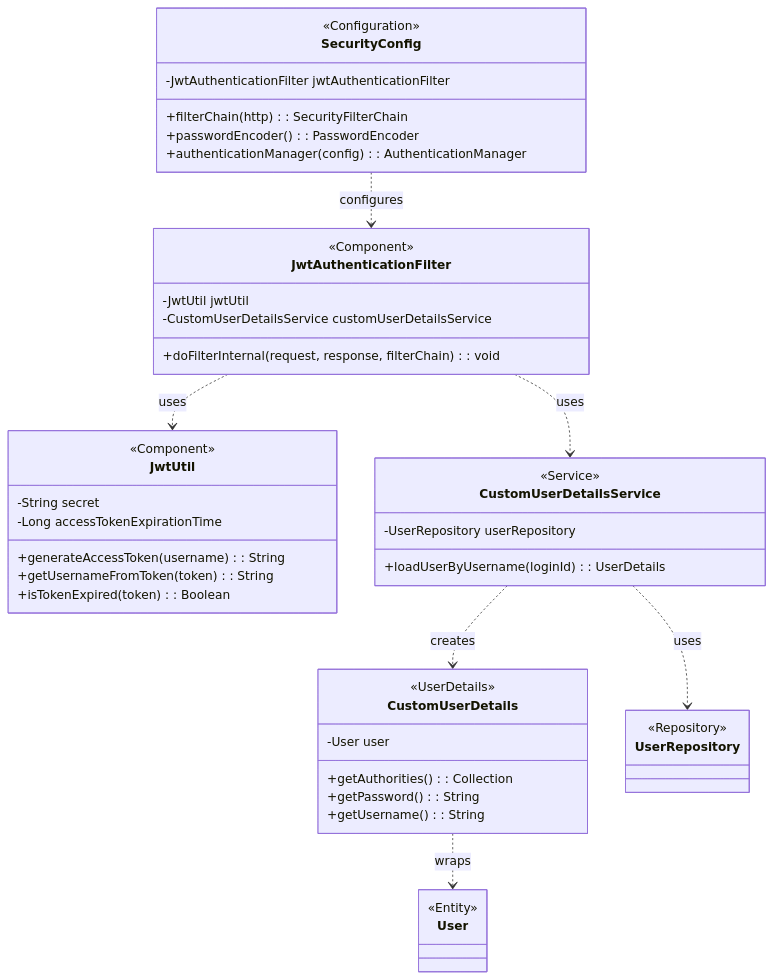
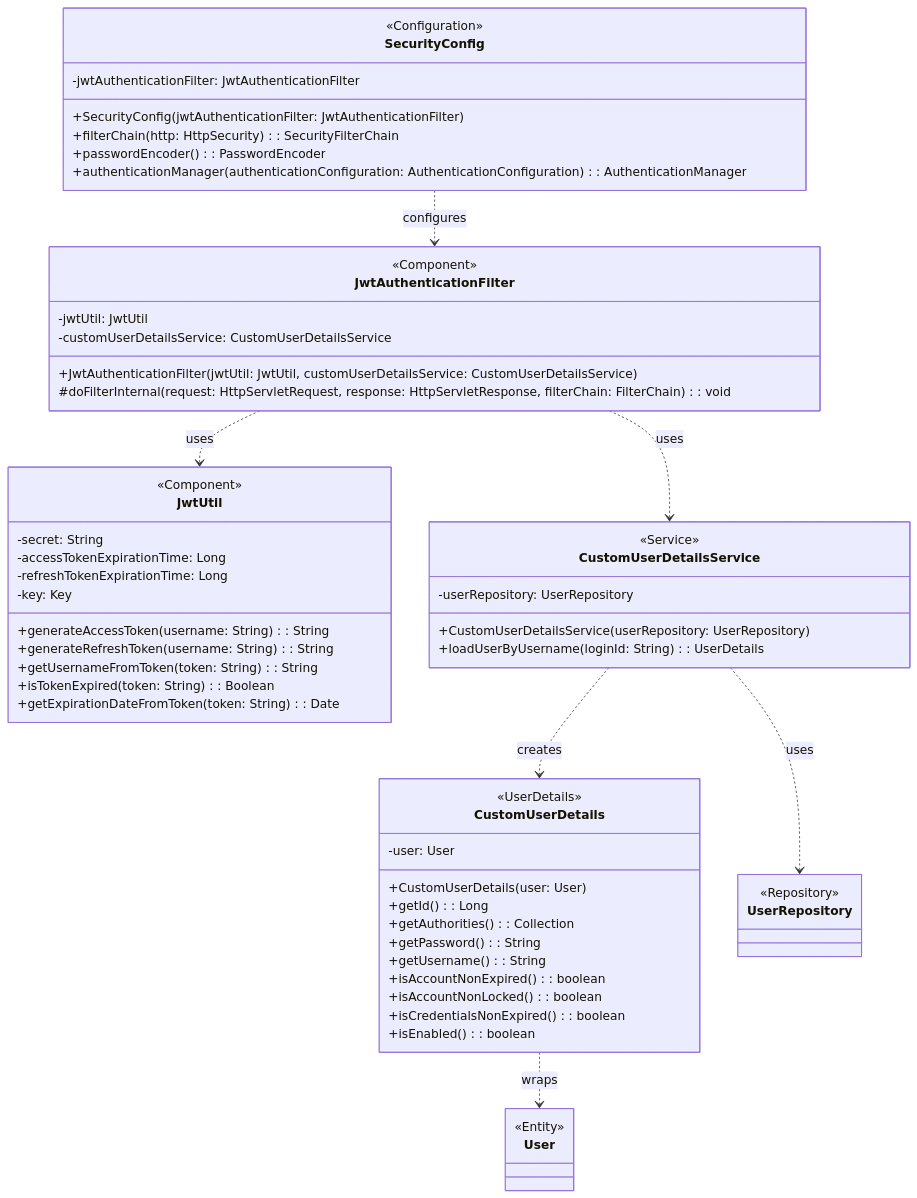
One commit to rororo33/game-s-cord changed the diagram in SDS/classDiagram/securityClassDiagram.md. Above: the diagram before and after it, drawn with Mermaid. The commit also changed other lines of this file and 11 other files, not shown here.

Commit message:
feat:classDiagram

````diff
--- a/SDS/classDiagram/securityClassDiagram.md
+++ b/SDS/classDiagram/securityClassDiagram.md
@@ -3,53 +3,66 @@
 ```mermaid
 classDiagram
     direction TB
 
     class SecurityConfig {
         <<Configuration>>
-        -JwtAuthenticationFilter jwtAuthenticationFilter
-        +filterChain(http): SecurityFilterChain
+        -jwtAuthenticationFilter: JwtAuthenticationFilter
+        +SecurityConfig(jwtAuthenticationFilter: JwtAuthenticationFilter)
+        +filterChain(http: HttpSecurity): SecurityFilterChain
         +passwordEncoder(): PasswordEncoder
-        +authenticationManager(config): AuthenticationManager
+        +authenticationManager(authenticationConfiguration: AuthenticationConfiguration): AuthenticationManager
     }
 
     class JwtAuthenticationFilter {
         <<Component>>
-        -JwtUtil jwtUtil
-        -CustomUserDetailsService customUserDetailsService
-        +doFilterInternal(request, response, filterChain): void
+        -jwtUtil: JwtUtil
+        -customUserDetailsService: CustomUserDetailsService
+        +JwtAuthenticationFilter(jwtUtil: JwtUtil, customUserDetailsService: CustomUserDetailsService)
+        #doFilterInternal(request: HttpServletRequest, response: HttpServletResponse, filterChain: FilterChain): void
     }
 
     class JwtUtil {
         <<Component>>
-        -String secret
-        -Long accessTokenExpirationTime
-        +generateAccessToken(username): String
-        +getUsernameFromToken(token): String
-        +isTokenExpired(token): Boolean
+        -secret: String
+        -accessTokenExpirationTime: Long
+        -refreshTokenExpirationTime: Long
+        -key: Key
+        +generateAccessToken(username: String): String
+        +generateRefreshToken(username: String): String
+        +getUsernameFromToken(token: String): String
+        +isTokenExpired(token: String): Boolean
+        +getExpirationDateFromToken(token: String): Date
     }
 
     class CustomUserDetailsService {
         <<Service>>
-        -UserRepository userRepository
-        +loadUserByUsername(loginId): UserDetails
+        -userRepository: UserRepository
+        +CustomUserDetailsService(userRepository: UserRepository)
+        +loadUserByUsername(loginId: String): UserDetails
     }
 
     class CustomUserDetails {
         <<UserDetails>>
-        -User user
+        -user: User
+        +CustomUserDetails(user: User)
+        +getId(): Long
         +getAuthorities(): Collection
         +getPassword(): String
         +getUsername(): String
+        +isAccountNonExpired(): boolean
+        +isAccountNonLocked(): boolean
+        +isCredentialsNonExpired(): boolean
+        +isEnabled(): boolean
     }
     
     class User { <<Entity>> }
     class UserRepository { <<Repository>> }
 
     %% Relationships
     SecurityConfig ..> JwtAuthenticationFilter : configures
     JwtAuthenticationFilter ..> JwtUtil : uses
     JwtAuthenticationFilter ..> CustomUserDetailsService : uses
     CustomUserDetailsService ..> UserRepository : uses
     CustomUserDetailsService ..> CustomUserDetails : creates
     CustomUserDetails ..> User : wraps
 ```
````
